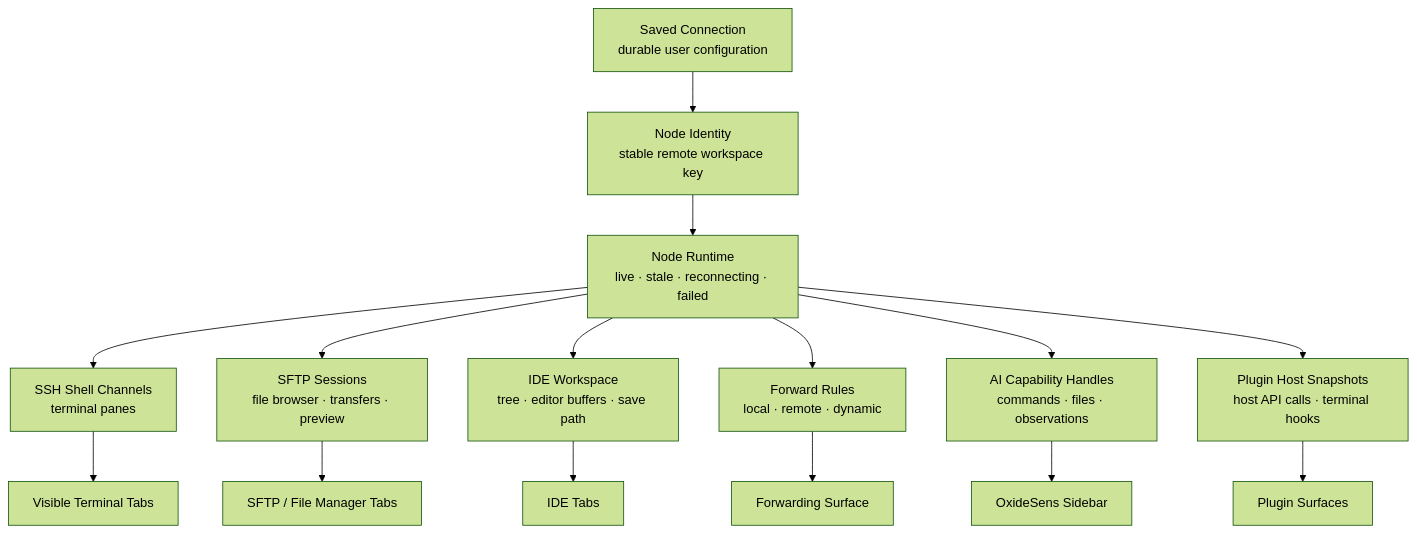
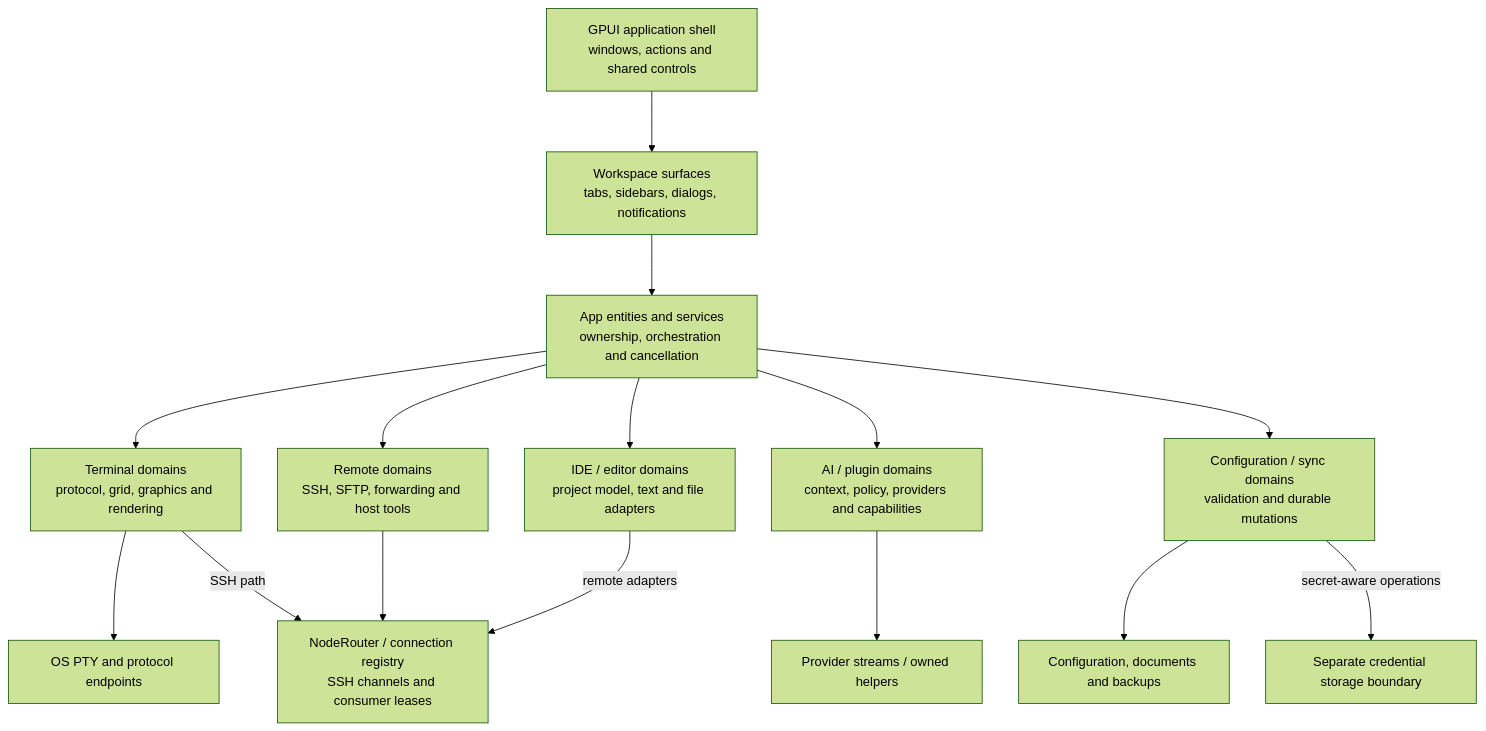
Before and after one commit to AnalyseDeCircuit/oxideterm: the fifth of 46 diagrams in docs/user-guide/en/architecture.md, drawn with Mermaid (forest theme). The commit also changed other lines of this file and 1 other file, not shown here.

Commit message:
docs(architecture): expand native subsystem diagrams and ownership flows

````diff
--- a/docs/user-guide/en/architecture.md
+++ b/docs/user-guide/en/architecture.md
@@ -464,19 +368,32 @@
 ```mermaid
+%%{init: {"layout": "dagre", "flowchart": {"nodeSpacing": 45, "rankSpacing": 75, "curve": "basis"}}}%%
 flowchart TB
-    Saved["Saved Connection<br/>durable user configuration"] --> NodeId["Node Identity<br/>stable remote workspace key"]
-    NodeId --> NodeRuntime["Node Runtime<br/>live · stale · reconnecting · failed"]
+    Shell["GPUI application shell<br/>windows, actions and shared controls"]
+    Views["Workspace surfaces<br/>tabs, sidebars, dialogs, notifications"]
+    Owners["App entities and services<br/>ownership, orchestration and cancellation"]
+    Terminal["Terminal domains<br/>protocol, grid, graphics and rendering"]
+    Remote["Remote domains<br/>SSH, SFTP, forwarding and host tools"]
+    Editor["IDE / editor domains<br/>project model, text and file adapters"]
+    Extensions["AI / plugin domains<br/>context, policy, providers and capabilities"]
+    Persistence["Configuration / sync domains<br/>validation and durable mutations"]
+    Pty["OS PTY and protocol endpoints"]
+    Node["NodeRouter / connection registry<br/>SSH channels and consumer leases"]
+    External["Provider streams / owned helpers"]
+    Disk["Configuration, documents and backups"]
+    Vault["Separate credential storage boundary"]
 
-    NodeRuntime --> Shell["SSH Shell Channels<br/>terminal panes"]
-    NodeRuntime --> Sftp["SFTP Sessions<br/>file browser · transfers · preview"]
-    NodeRuntime --> Ide["IDE Workspace<br/>tree · editor buffers · save path"]
-    NodeRuntime --> Forward["Forward Rules<br/>local · remote · dynamic"]
-    NodeRuntime --> AiTarget["AI Capability Handles<br/>commands · files · observations"]
-    NodeRuntime --> PluginConsumers["Plugin Host Snapshots<br/>host API calls · terminal hooks"]
-
-    Shell --> TerminalTabs["Visible Terminal Tabs"]
-    Sftp --> SftpTabs["SFTP / File Manager Tabs"]
-    Ide --> IdeTabs["IDE Tabs"]
-    Forward --> ForwardSurface["Forwarding Surface"]
-    AiTarget --> AiSidebar["OxideSens Sidebar"]
-    PluginConsumers --> PluginSurfaces["Plugin Surfaces"]
+    Shell --> Views
+    Views --> Owners
+    Owners --> Terminal
+    Owners --> Remote
+    Owners --> Editor
+    Owners --> Extensions
+    Owners --> Persistence
+    Terminal --> Pty
+    Terminal -->|SSH path| Node
+    Remote --> Node
+    Editor -->|remote adapters| Node
+    Extensions --> External
+    Persistence --> Disk
+    Persistence -->|secret-aware operations| Vault
 ```
````
